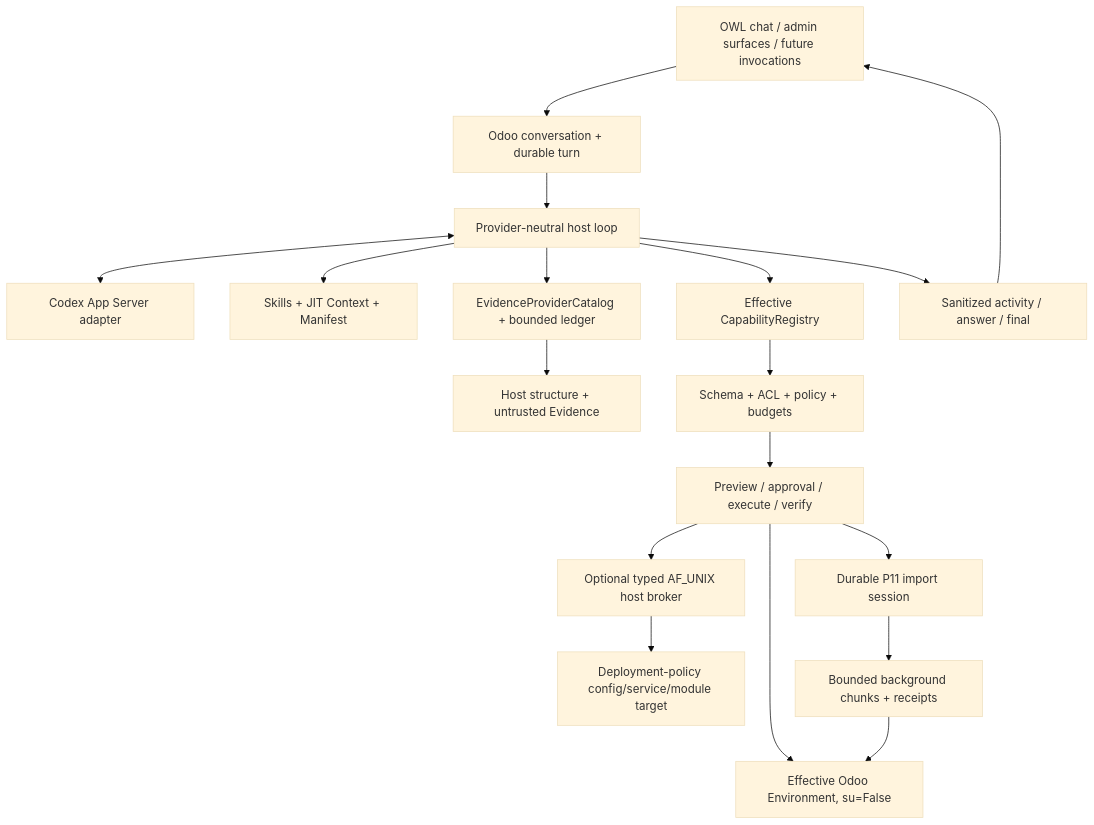
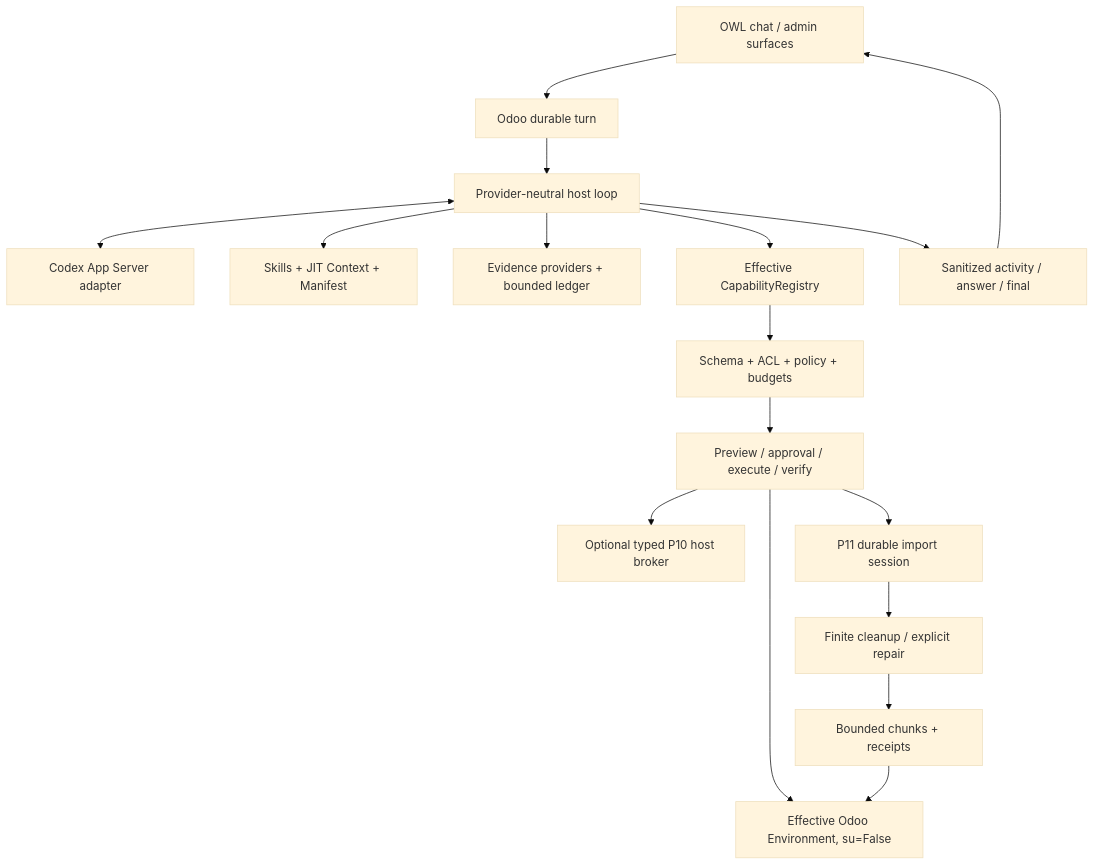
Before and after one commit to CPX-001/ai-odoo-assistant: the diagram in README.md, drawn with Mermaid (base theme). The commit also changed other lines of this file, not shown here.

Commit message:
docs(p11): publish advanced import core status

````diff
--- a/README.md
+++ b/README.md
@@ -53,20 +35,19 @@
 ```mermaid
 flowchart TB
-    UI[OWL chat / admin surfaces / future invocations] --> TURN[Odoo conversation + durable turn]
+    UI[OWL chat / admin surfaces] --> TURN[Odoo durable turn]
     TURN --> HOST[Provider-neutral host loop]
     HOST <--> MODEL[Codex App Server adapter]
     HOST --> EXT[Skills + JIT Context + Manifest]
-    HOST --> EVIDENCE[EvidenceProviderCatalog + bounded ledger]
-    EVIDENCE --> EDATA[Host structure + untrusted Evidence]
+    HOST --> EVIDENCE[Evidence providers + bounded ledger]
     HOST --> CAPS[Effective CapabilityRegistry]
     CAPS --> POLICY[Schema + ACL + policy + budgets]
     POLICY --> EFFECT[Preview / approval / execute / verify]
     EFFECT --> ORM[Effective Odoo Environment, su=False]
-    EFFECT --> BROKER[Optional typed AF_UNIX host broker]
-    BROKER --> TARGET[Deployment-policy config/service/module target]
-    EFFECT --> IMPORT[Durable P11 import session]
-    IMPORT --> CHUNK[Bounded background chunks + receipts]
+    EFFECT --> BROKER[Optional typed P10 host broker]
+    EFFECT --> IMPORT[P11 durable import session]
+    IMPORT --> REPAIR[Finite cleanup / explicit repair]
+    REPAIR --> CHUNK[Bounded chunks + receipts]
     CHUNK --> ORM
     HOST --> PUBLIC[Sanitized activity / answer / final]
     PUBLIC --> UI
 ```
````
